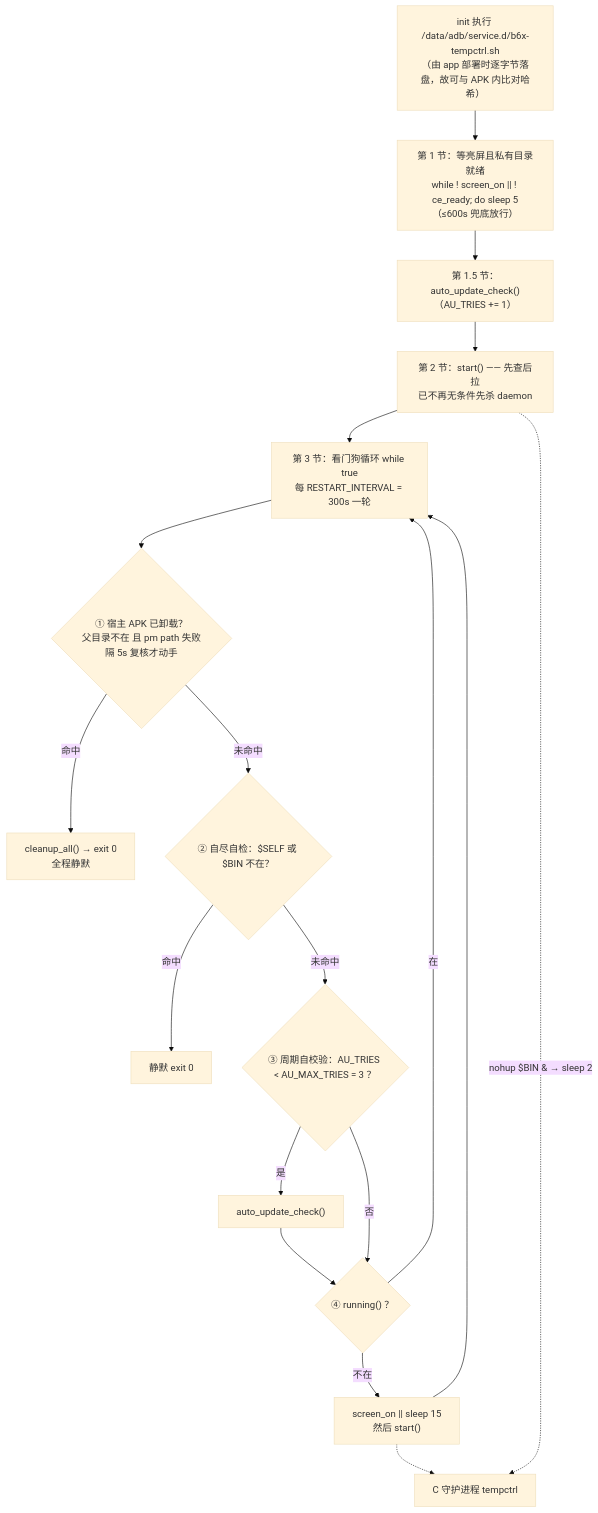
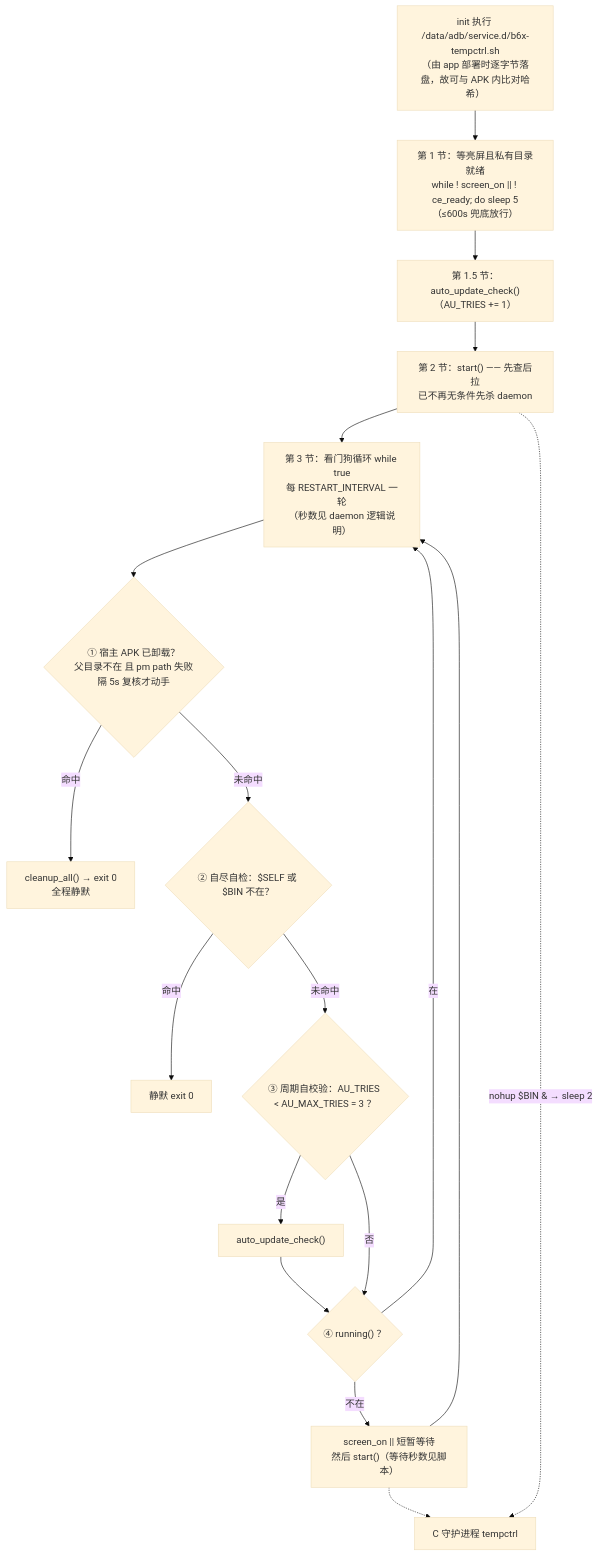
One commit to mengdao10086/b6x-Enhancement-Plan-ai changed the first of 3 diagrams in 逻辑图/看门狗运行流程.md. Above: the diagram before and after it, drawn with Mermaid (base theme). The commit also changed other lines of this file and 27 other files, not shown here.

````diff
--- a/逻辑图/看门狗运行流程.md
+++ b/逻辑图/看门狗运行流程.md
@@ -8,21 +9,21 @@
 ```mermaid
 flowchart TD
     A["init 执行 /data/adb/service.d/b6x-tempctrl.sh<br/>（由 app 部署时逐字节落盘，故可与 APK 内比对哈希）"] --> B
     B["第 1 节：等亮屏且私有目录就绪<br/>while ! screen_on || ! ce_ready; do sleep 5<br/>（≤600s 兜底放行）"] --> C
     C["第 1.5 节：auto_update_check()<br/>（AU_TRIES += 1）"] --> D
     D["第 2 节：start() —— 先查后拉<br/>已不再无条件先杀 daemon"] --> E
-    E["第 3 节：看门狗循环 while true<br/>每 RESTART_INTERVAL = 300s 一轮"] --> F
+    E["第 3 节：看门狗循环 while true<br/>每 RESTART_INTERVAL 一轮<br/>（秒数见 daemon 逻辑说明）"] --> F
     F{"① 宿主 APK 已卸载？<br/>父目录不在 且 pm path 失败<br/>隔 5s 复核才动手"} -->|命中| F1["cleanup_all() → exit 0<br/>全程静默"]
     F -->|未命中| G
     G{"② 自尽自检：$SELF 或 $BIN 不在？"} -->|命中| G1["静默 exit 0"]
     G -->|未命中| H
     H{"③ 周期自校验：AU_TRIES < AU_MAX_TRIES = 3 ？"} -->|是| H1["auto_update_check()"]
     H -->|否| I
     H1 --> I
     I{"④ running() ？"} -->|在| E
-    I -->|不在| I1["screen_on || sleep 15<br/>然后 start()"]
+    I -->|不在| I1["screen_on || 短暂等待<br/>然后 start()（等待秒数见脚本）"]
     I1 --> E
 
     D -.->|"nohup $BIN & → sleep 2"| J["C 守护进程 tempctrl"]
     I1 -.-> J
 ```
````
